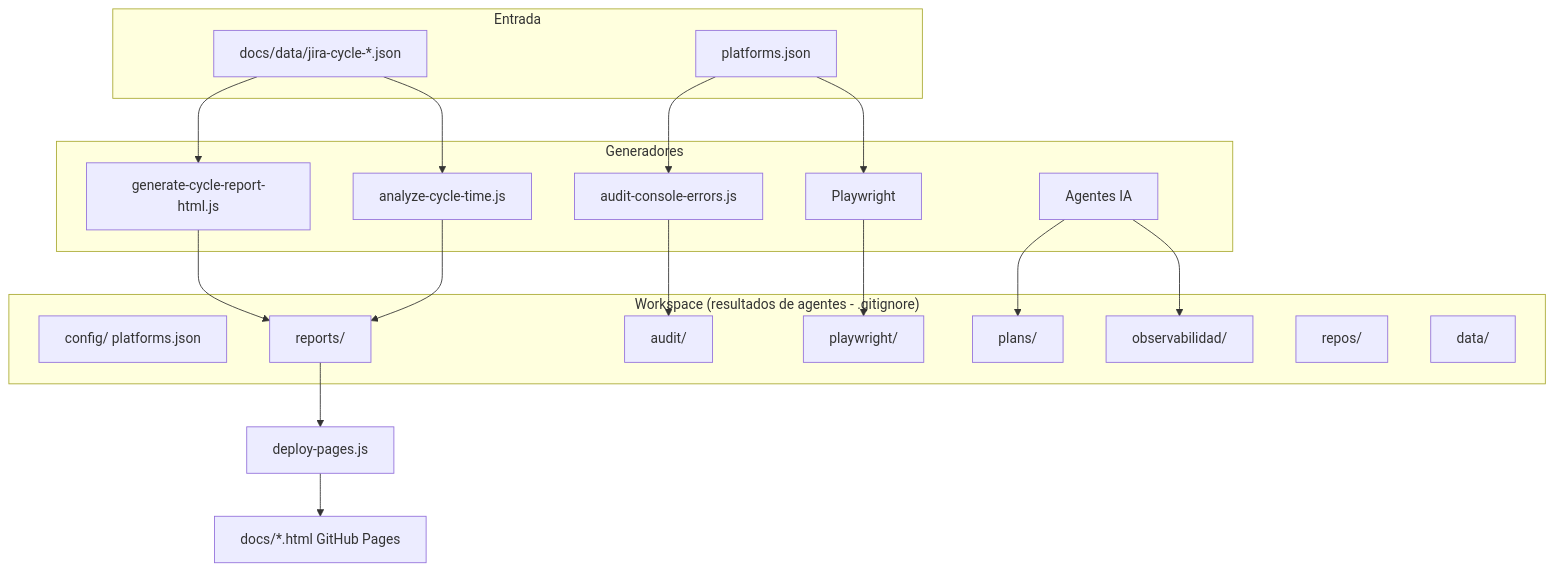
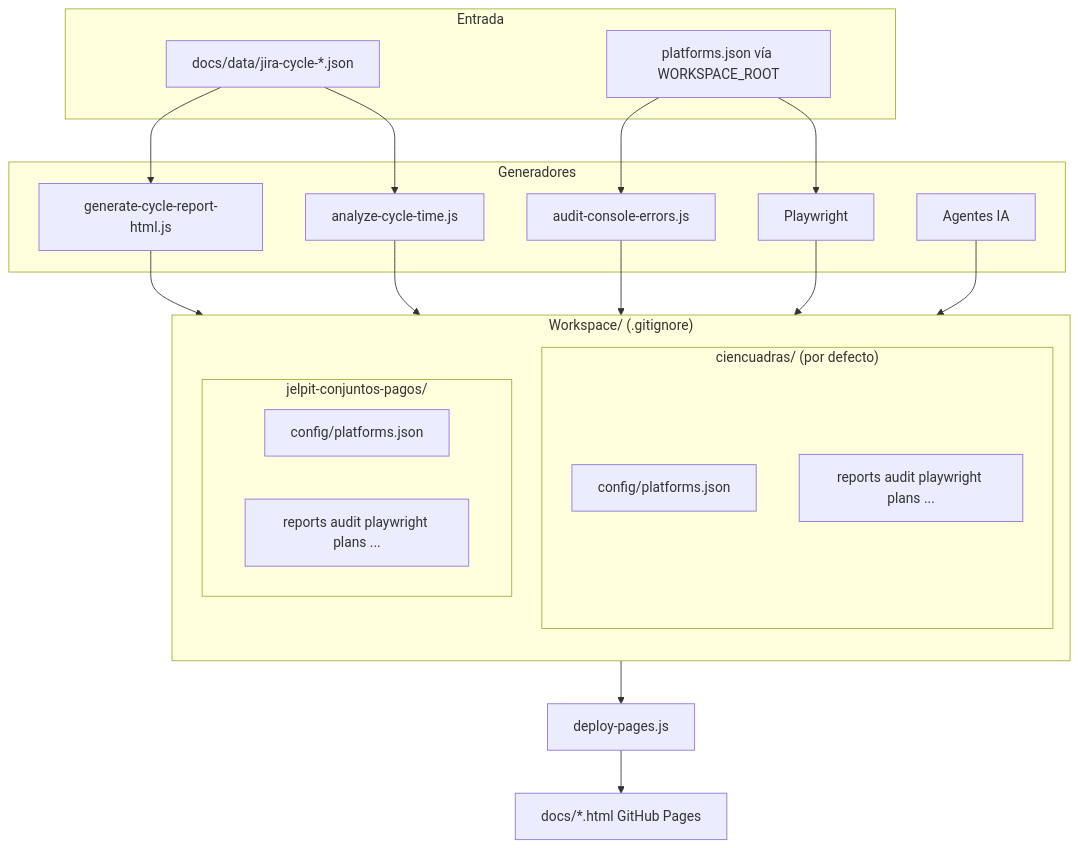
One commit to CARLOSPATINOVELEZ19/prueba-agente-po changed the diagram in docs/architecture/4-workspace.md. Above: the diagram before and after it, drawn with Mermaid. The commit also changed other lines of this file and 52 other files, not shown here.

First line of the commit message:
Orquestador solo Task, WORKSPACE_ROOT y documentación alineada.

````diff
--- a/docs/architecture/4-workspace.md
+++ b/docs/architecture/4-workspace.md
@@ -7,41 +7,41 @@
 ```mermaid
 flowchart TB
-    subgraph workspace ["Workspace (resultados de agentes - .gitignore)"]
-        config[config/ platforms.json]
-        reports[reports/]
-        audit[audit/]
-        playwright[playwright/]
-        plans[plans/]
-        observabilidad[observabilidad/]
-        repos[repos/]
-        data[data/]
+    subgraph workspace ["Workspace/ (.gitignore)"]
+        direction TB
+        subgraph w1 ["ciencuadras/ (por defecto)"]
+            c1[config/platforms.json]
+            c2[reports audit playwright plans ...]
+        end
+        subgraph w2 ["jelpit-conjuntos-pagos/"]
+            j1[config/platforms.json]
+            j2[reports audit playwright plans ...]
+        end
     end
 
     subgraph generators ["Generadores"]
         G1[generate-cycle-report-html.js]
         G2[analyze-cycle-time.js]
         G3[audit-console-errors.js]
         G4[Playwright]
         G5[Agentes IA]
     end
 
     subgraph input ["Entrada"]
         I1[docs/data/jira-cycle-*.json]
-        I2[platforms.json]
+        I2[platforms.json vía WORKSPACE_ROOT]
     end
 
     I1 --> G1
     I1 --> G2
     I2 --> G3
     I2 --> G4
 
-    G1 --> reports
-    G2 --> reports
-    G3 --> audit
-    G4 --> playwright
-    G5 --> plans
-    G5 --> observabilidad
+    G1 --> c2
+    G2 --> c2
+    G3 --> c2
+    G4 --> c2
+    G5 --> c2
 
-    reports --> deploy[deploy-pages.js]
+    c2 --> deploy[deploy-pages.js]
     deploy --> docs[docs/*.html GitHub Pages]
 ```
````
